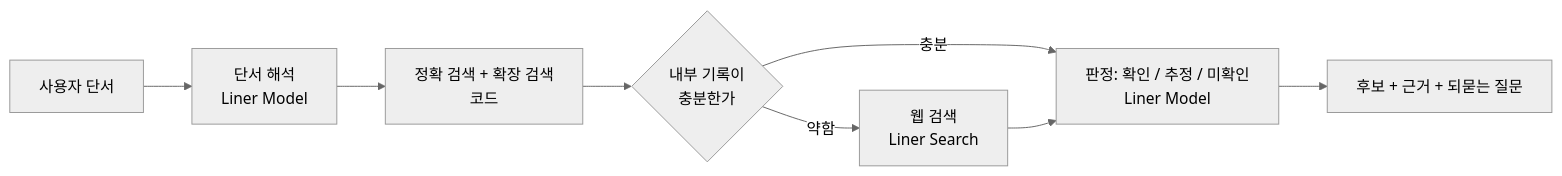
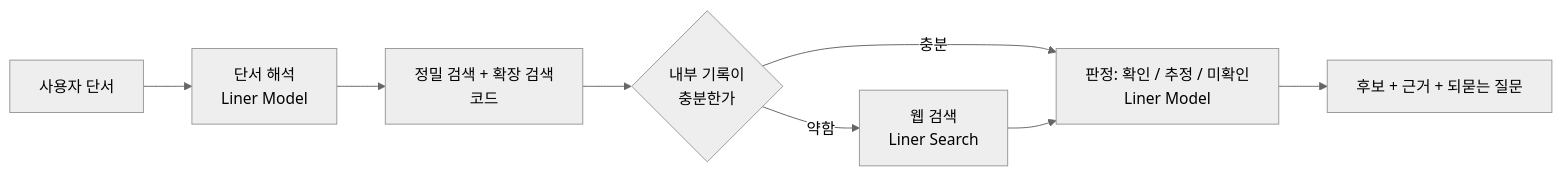
The first of 2 diagrams in README.md (charliehotel/Remembrance-of-Earth), drawn with Mermaid (neutral theme) before and after one commit. The commit also changed other lines of this file and 4 other files, not shown here.

````diff
--- a/README.md
+++ b/README.md
@@ -37,10 +37,10 @@
 ```mermaid
 flowchart LR
   A[사용자 단서] --> B[단서 해석<br/>Liner Model]
-  B --> C[정확 검색 + 확장 검색<br/>코드]
+  B --> C[정밀 검색 + 확장 검색<br/>코드]
   C --> D{내부 기록이<br/>충분한가}
   D -- 약함 --> E[웹 검색<br/>Liner Search]
   D -- 충분 --> F
   E --> F[판정: 확인 / 추정 / 미확인<br/>Liner Model]
   F --> G[후보 + 근거 + 되묻는 질문]
 ```
````
